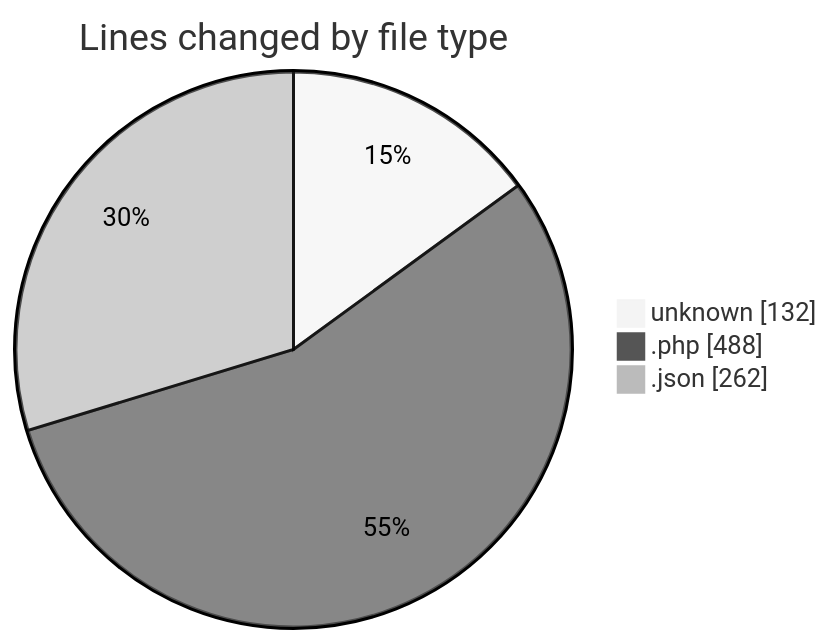
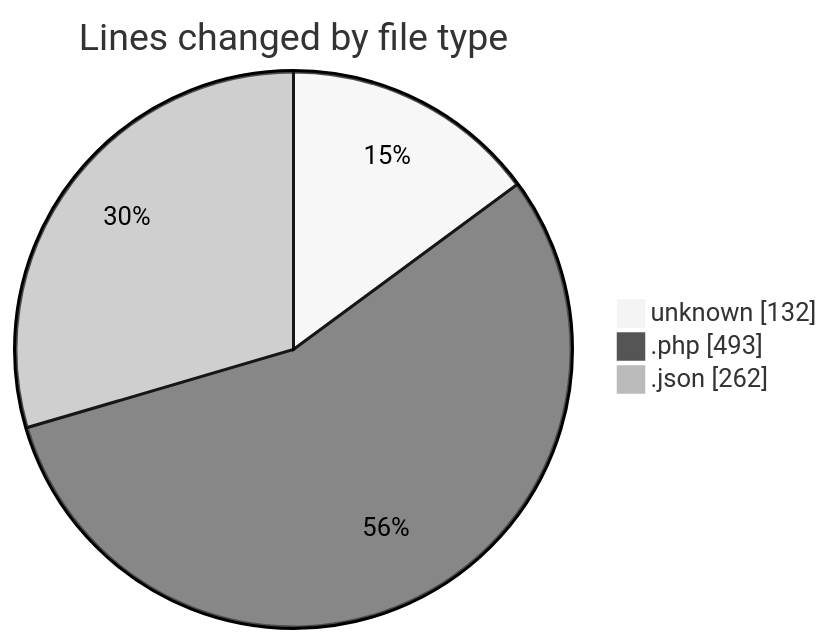
The first of 2 diagrams in 2025-11-13/futsal-recommender/README.md (idhammustaqopulfikri/code-tracking), drawn with Mermaid (neutral theme) before and after one commit. The commit also changed other lines of this file and 1 other file, not shown here.

````diff
--- a/2025-11-13/futsal-recommender/README.md
+++ b/2025-11-13/futsal-recommender/README.md
@@ -29,7 +29,7 @@
 ```mermaid
 pie showData
 title Lines changed by file type
 "unknown" : 132
-".php" : 488
+".php" : 493
 ".json" : 262
 ```
````
